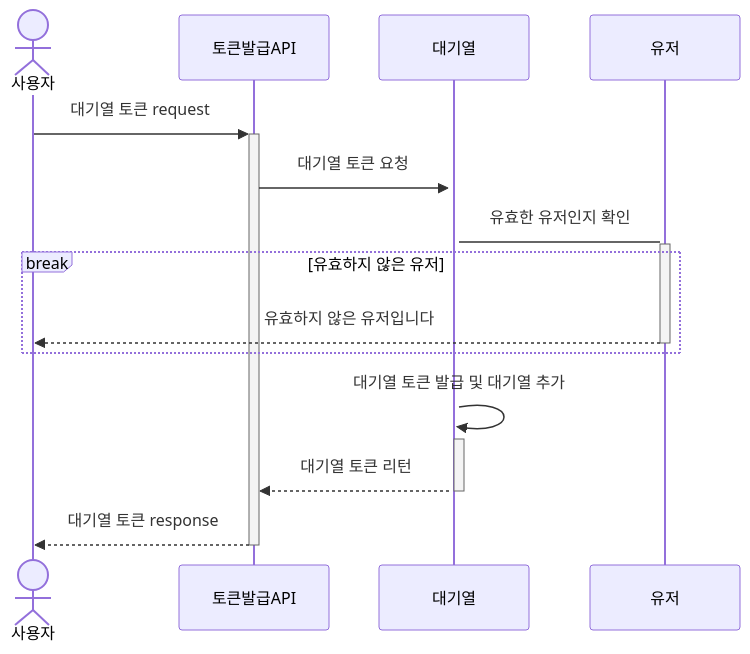
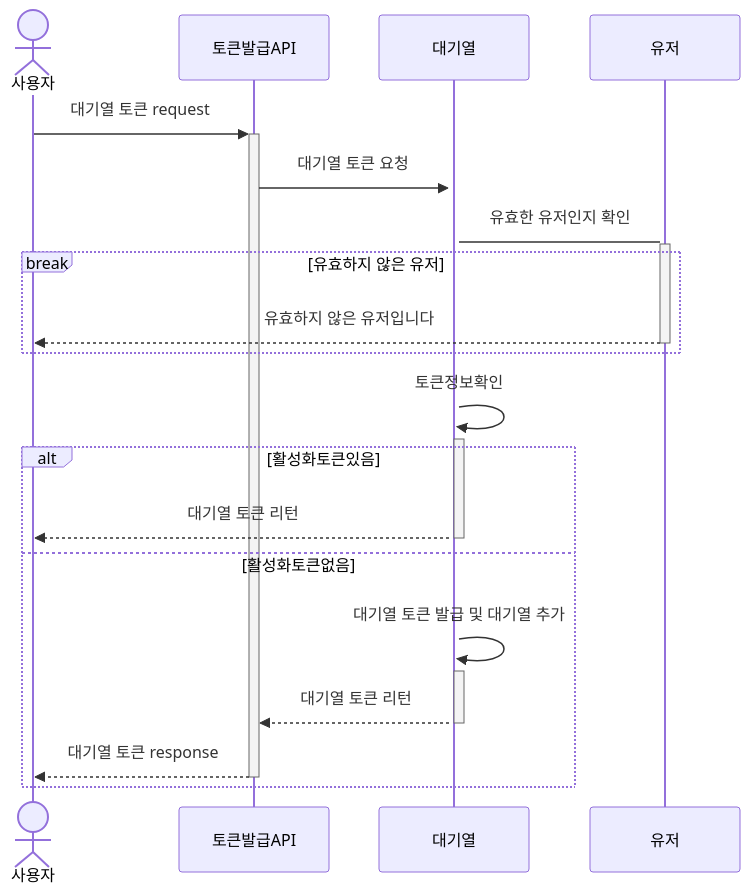
The first of 7 diagrams in doc/SEQUENCS.md (jangyoojeong/hhplus-ticketing-week03), drawn with Mermaid before and after one commit. The commit also changed other lines of this file, not shown here.

````diff
--- a/doc/SEQUENCS.md
+++ b/doc/SEQUENCS.md
@@ -3,17 +6,24 @@
 ```mermaid
 sequenceDiagram
     actor  사용자
     participant 토큰발급API
     participant 대기열
     participant 유저
 
     사용자->>+토큰발급API: 대기열 토큰 request
     토큰발급API->>+대기열: 대기열 토큰 요청
     대기열->+유저: 유효한 유저인지 확인
     break 유효하지 않은 유저
         유저-->>-사용자: 유효하지 않은 유저입니다
     end
-    대기열->>+대기열: 대기열 토큰 발급 및 대기열 추가
-    대기열-->>-토큰발급API: 대기열 토큰 리턴
-    토큰발급API-->>-사용자: 대기열 토큰 response
+    대기열->>+대기열: 토큰정보확인
+    alt 활성화토큰있음
+        대기열-->>-사용자: 대기열 토큰 리턴
+    else 활성화토큰없음
+
+        대기열->>+대기열: 대기열 토큰 발급 및 대기열 추가
+        대기열-->>-토큰발급API: 대기열 토큰 리턴
+        토큰발급API-->>-사용자: 대기열 토큰 response
+    end
+    
 ```
````
